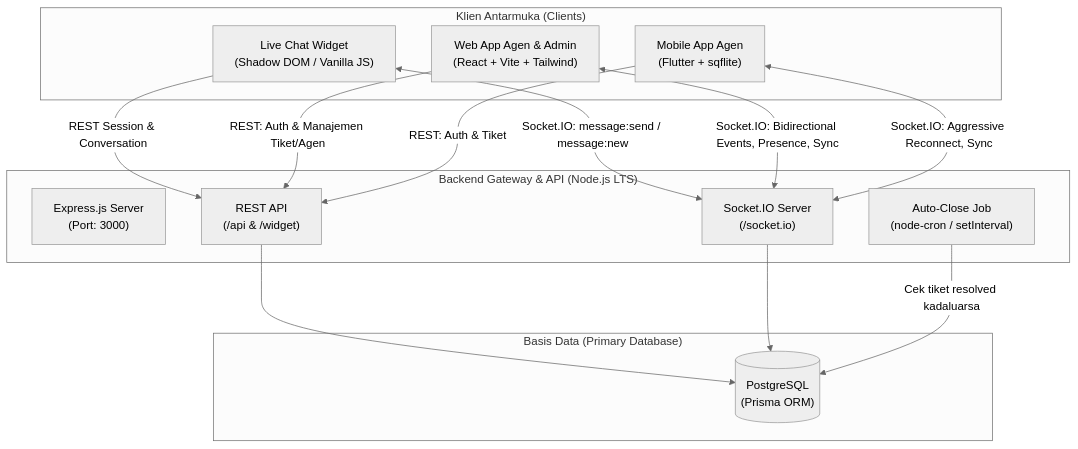
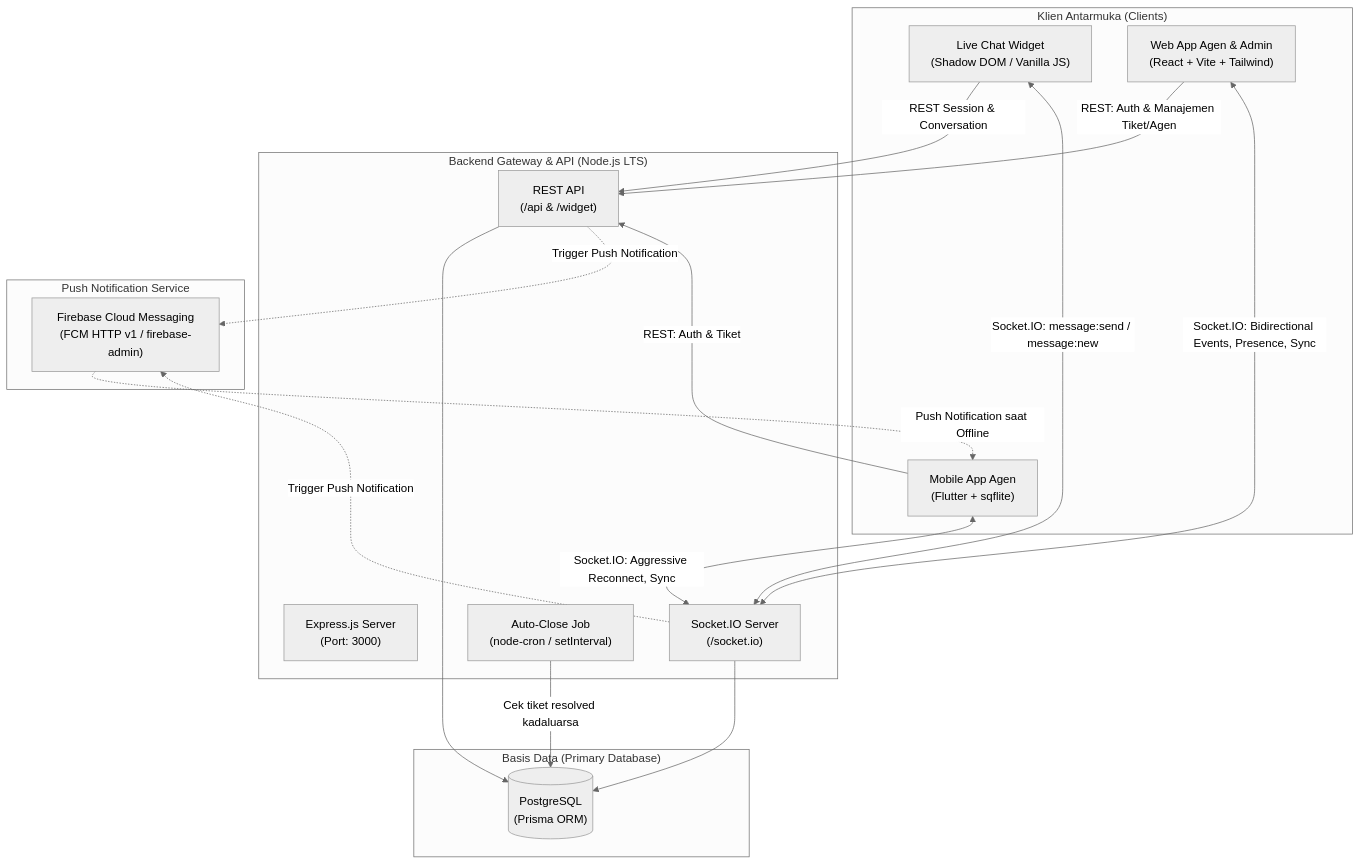
One commit to Mulki7/Helpdesk changed the diagram in README.md. Above: the diagram before and after it, drawn with Mermaid (neutral theme). The commit also changed other lines of this file and 21 other files, not shown here.

Commit message:
feat: push notification via fcm

````diff
--- a/README.md
+++ b/README.md
@@ -20,36 +21,43 @@
 ```mermaid
 flowchart TB
     subgraph Klien ["Klien Antarmuka (Clients)"]
         W["Live Chat Widget\n(Shadow DOM / Vanilla JS)"]
         A["Web App Agen & Admin\n(React + Vite + Tailwind)"]
         M["Mobile App Agen\n(Flutter + sqflite)"]
     end
 
     subgraph BackendGateway ["Backend Gateway & API (Node.js LTS)"]
         S["Express.js Server\n(Port: 3000)"]
         IO["Socket.IO Server\n(/socket.io)"]
         REST["REST API\n(/api & /widget)"]
         CRON["Auto-Close Job\n(node-cron / setInterval)"]
     end
 
     subgraph Storage ["Basis Data (Primary Database)"]
         DB[("PostgreSQL\n(Prisma ORM)")]
     end
 
+    subgraph PushGateway ["Push Notification Service"]
+        FCM["Firebase Cloud Messaging\n(FCM HTTP v1 / firebase-admin)"]
+    end
+
     %% Koneksi Pelanggan
     W -->|REST Session & Conversation| REST
     W <-->|Socket.IO: message:send / message:new| IO
 
     %% Koneksi Web App
     A -->|REST: Auth & Manajemen Tiket/Agen| REST
     A <-->|Socket.IO: Bidirectional Events, Presence, Sync| IO
 
     %% Koneksi Mobile App
     M -->|REST: Auth & Tiket| REST
     M <-->|Socket.IO: Aggressive Reconnect, Sync| IO
+    FCM -.->|Push Notification saat Offline| M
 
     %% Server Internal
     REST --> DB
     IO --> DB
     CRON -->|Cek tiket resolved kadaluarsa| DB
+    REST -.->|Trigger Push Notification| FCM
+    IO -.->|Trigger Push Notification| FCM
 ```
````
